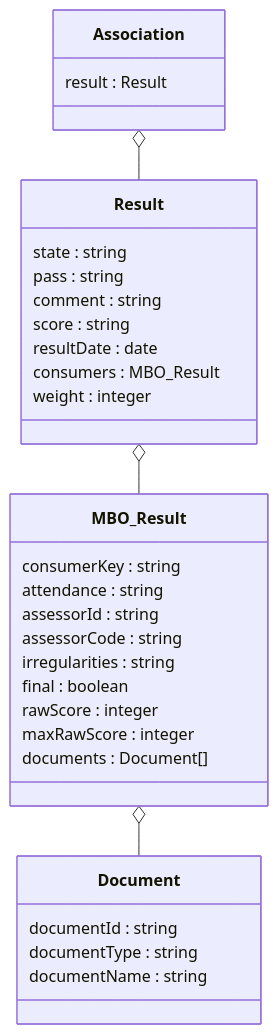
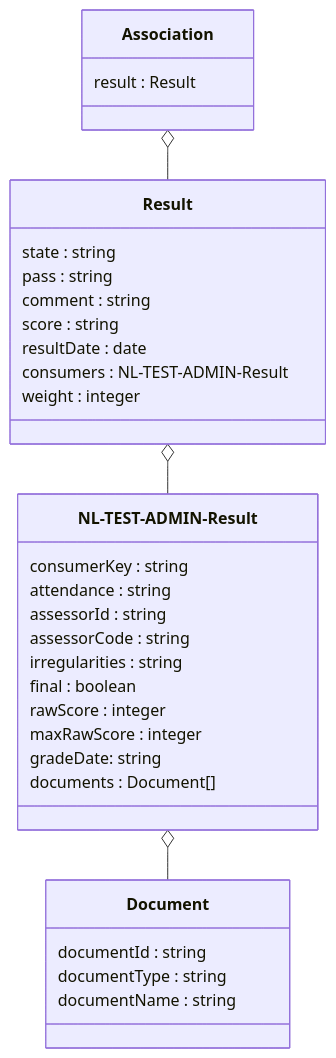
Before and after one commit to NetwerkExamineringDigitalisering/NED-OOAPI: the second of 6 diagrams in doc/flow3.md, drawn with Mermaid. The commit also changed other lines of this file and 11 other files, not shown here.

````diff
--- a/doc/flow3.md
+++ b/doc/flow3.md
@@ -22,34 +22,35 @@
 ```mermaid
 classDiagram
     class Association {
 	result : Result
     }
     class Result {
     	state : string
 	pass : string
 	comment : string
 	score : string
 	resultDate : date
-	consumers : MBO_Result
+	consumers : NL-TEST-ADMIN-Result
 	weight : integer
     }
-    class MBO_Result {
+    class NL-TEST-ADMIN-Result {
 	consumerKey : string
 	attendance : string
 	assessorId : string
 	assessorCode : string 
 	irregularities : string
 	final : boolean 
 	rawScore : integer 
-	maxRawScore : integer 
+	maxRawScore : integer
+  gradeDate: string 
 	documents : Document[]
     }
     class Document {
 	documentId : string
 	documentType : string
 	documentName : string
     }
     Association o-- Result
-    Result o-- MBO_Result
-    MBO_Result o-- Document
+    Result o-- NL-TEST-ADMIN-Result
+    NL-TEST-ADMIN-Result o-- Document
 ```
````
